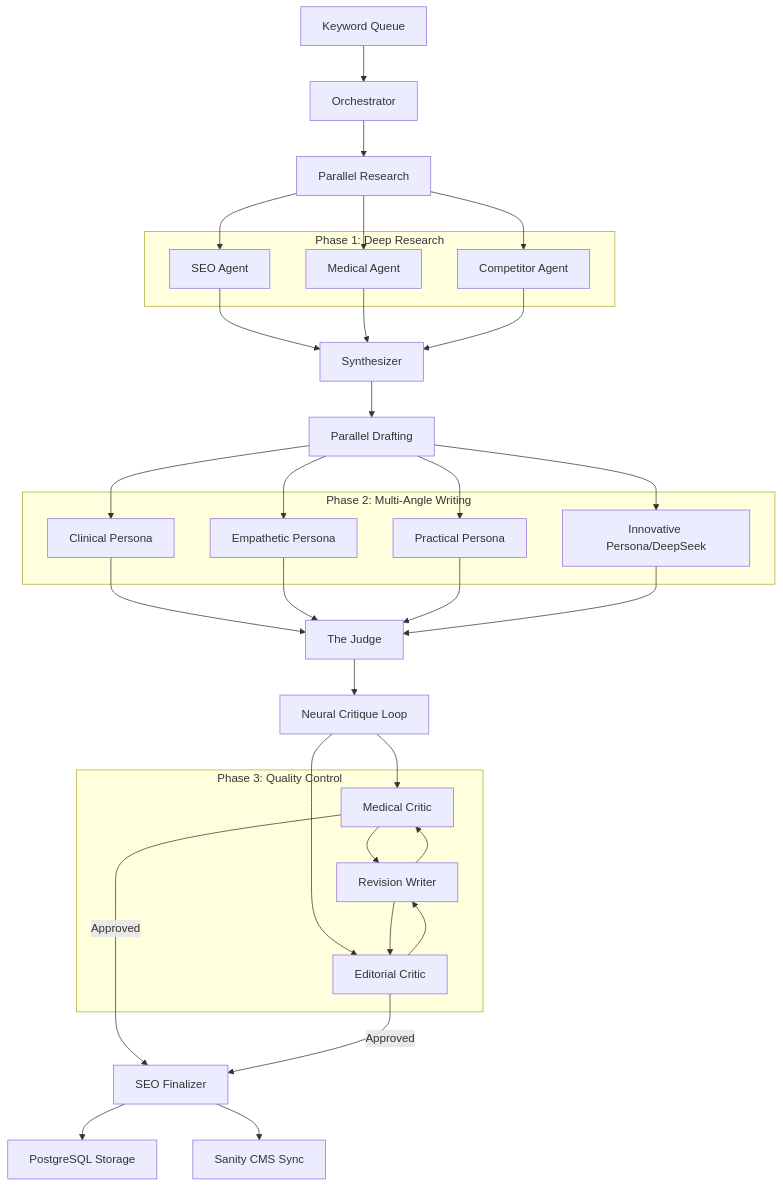
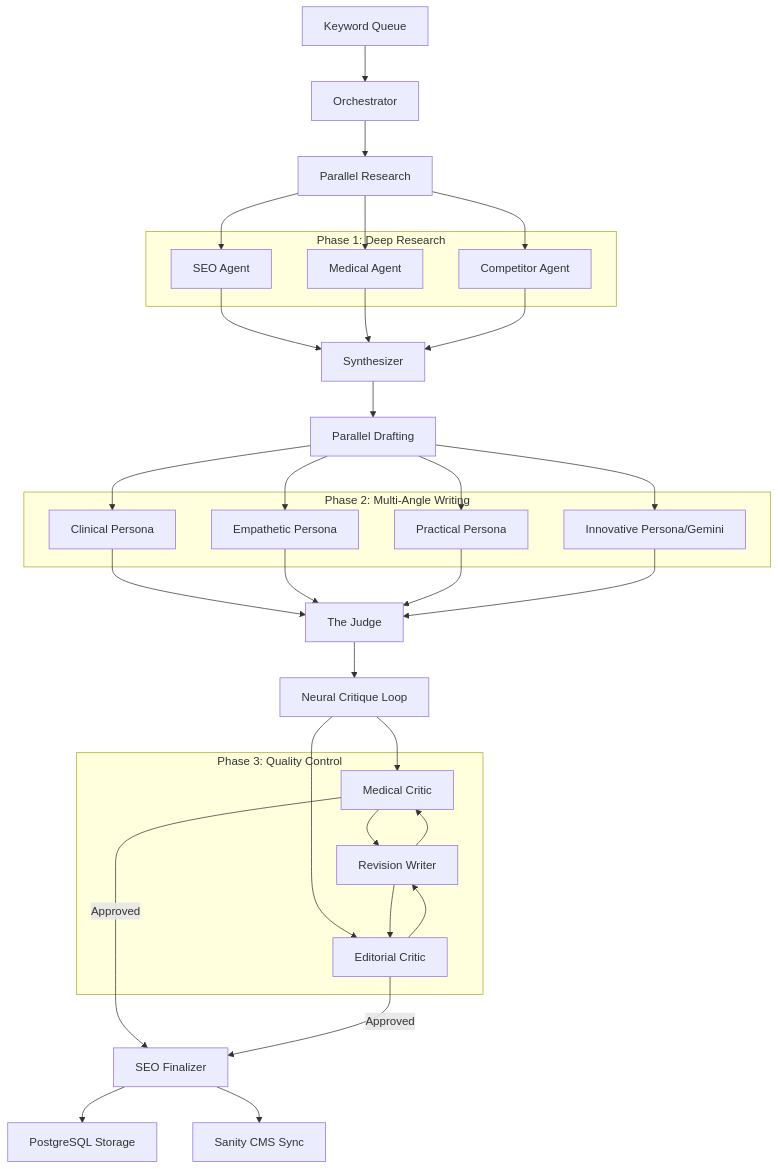
The diagram in README.md (Looping69/zappy-seo-engine), drawn with Mermaid before and after one commit. The commit also changed other lines of this file and 10 other files, not shown here.

Commit message:
feat: introduce content orchestration with new agent types and integrate Google Gemini, replacing DeepSeek.

````diff
--- a/README.md
+++ b/README.md
@@ -9,33 +9,33 @@
 ```mermaid
 graph TD
     A[Keyword Queue] --> B[Orchestrator]
     B --> C[Parallel Research]
     subgraph "Phase 1: Deep Research"
         C1[SEO Agent]
         C2[Medical Agent]
         C3[Competitor Agent]
     end
     C --> C1 & C2 & C3
     C1 & C2 & C3 --> D[Synthesizer]
     D --> E[Parallel Drafting]
     subgraph "Phase 2: Multi-Angle Writing"
         E1[Clinical Persona]
         E2[Empathetic Persona]
         E3[Practical Persona]
-        E4[Innovative Persona/DeepSeek]
+        E4[Innovative Persona/Gemini]
     end
     E --> E1 & E2 & E3 & E4
     E1 & E2 & E3 & E4 --> F[The Judge]
     F --> G[Neural Critique Loop]
     subgraph "Phase 3: Quality Control"
         G1[Medical Critic]
         G2[Editorial Critic]
         G3[Revision Writer]
     end
     G --> G1 & G2
     G1 & G2 --> G3
     G3 --> G1 & G2
     G1 & G2 -- Approved --> H[SEO Finalizer]
     H --> I[PostgreSQL Storage]
     H --> J[Sanity CMS Sync]
 ```
````
